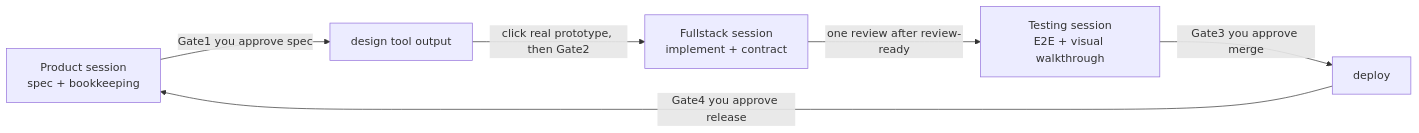
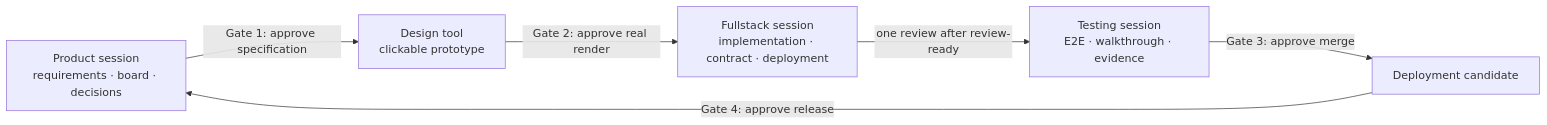
One commit to HaiYangBG1/BuildBeat changed the diagram in README.en.md. Above: the diagram before and after it, drawn with Mermaid. The commit also changed other lines of this file and 14 other files, not shown here.

````diff
--- a/README.en.md
+++ b/README.en.md
@@ -85,8 +120,8 @@
 ```mermaid
 flowchart LR
-    PM["Product session<br/>spec + bookkeeping"] -->|"Gate1 you approve spec"| Design["design tool output"]
-    Design -->|"click real prototype, then Gate2"| Deliver["Fullstack session<br/>implement + contract"]
-    Deliver -->|"one review after review-ready"| Verify["Testing session<br/>E2E + visual walkthrough"]
-    Verify -->|"Gate3 you approve merge"| Deploy["deploy"]
-    Deploy -->|"Gate4 you approve release"| PM
+    PM["Product session<br/>requirements · board · decisions"] -->|"Gate 1: approve specification"| Design["Design tool<br/>clickable prototype"]
+    Design -->|"Gate 2: approve real render"| Deliver["Fullstack session<br/>implementation · contract · deployment"]
+    Deliver -->|"one review after review-ready"| Verify["Testing session<br/>E2E · walkthrough · evidence"]
+    Verify -->|"Gate 3: approve merge"| Deploy["Deployment candidate"]
+    Deploy -->|"Gate 4: approve release"| PM
 ```
````
